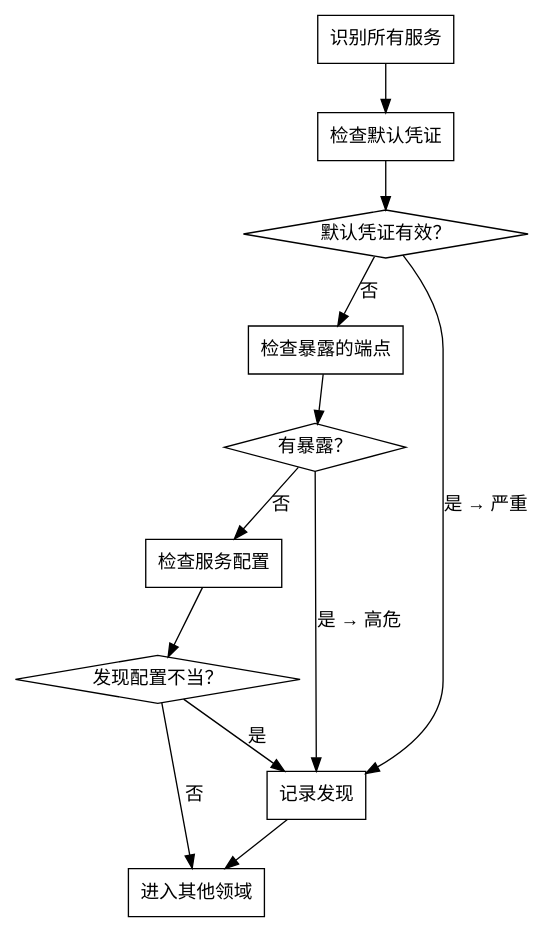
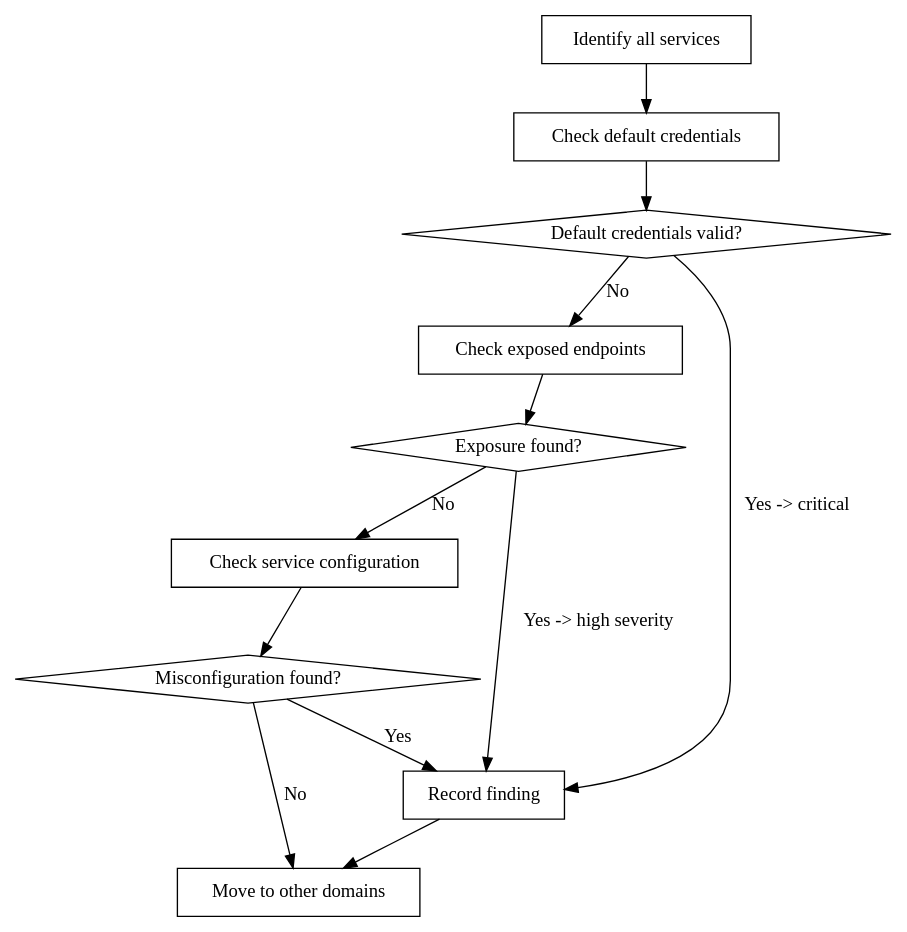
The diagram in plugins/wooyun-legacy/skills/wooyun-legacy/references/configuration-domain.md (nathan-gage/wooyun-legacy-english), drawn with Graphviz before and after one commit. The commit also changed other lines of this file and 130 other files, not shown here.

````diff
--- a/plugins/wooyun-legacy/skills/wooyun-legacy/references/configuration-domain.md
+++ b/plugins/wooyun-legacy/skills/wooyun-legacy/references/configuration-domain.md
@@ -119,25 +119,25 @@
 ```dot
 digraph config_test {
-    "识别所有服务" [shape=box];
-    "检查默认凭证" [shape=box];
-    "默认凭证有效？" [shape=diamond];
-    "检查暴露的端点" [shape=box];
-    "有暴露？" [shape=diamond];
-    "检查服务配置" [shape=box];
-    "发现配置不当？" [shape=diamond];
-    "记录发现" [shape=box];
-    "进入其他领域" [shape=box];
+    "Identify all services" [shape=box];
+    "Check default credentials" [shape=box];
+    "Default credentials valid?" [shape=diamond];
+    "Check exposed endpoints" [shape=box];
+    "Exposure found?" [shape=diamond];
+    "Check service configuration" [shape=box];
+    "Misconfiguration found?" [shape=diamond];
+    "Record finding" [shape=box];
+    "Move to other domains" [shape=box];
 
-    "识别所有服务" -> "检查默认凭证";
-    "检查默认凭证" -> "默认凭证有效？";
-    "默认凭证有效？" -> "记录发现" [label="是 → 严重"];
-    "默认凭证有效？" -> "检查暴露的端点" [label="否"];
-    "检查暴露的端点" -> "有暴露？";
-    "有暴露？" -> "记录发现" [label="是 → 高危"];
-    "有暴露？" -> "检查服务配置" [label="否"];
-    "检查服务配置" -> "发现配置不当？";
-    "发现配置不当？" -> "记录发现" [label="是"];
-    "发现配置不当？" -> "进入其他领域" [label="否"];
-    "记录发现" -> "进入其他领域";
+    "Identify all services" -> "Check default credentials";
+    "Check default credentials" -> "Default credentials valid?";
+    "Default credentials valid?" -> "Record finding" [label="Yes -> critical"];
+    "Default credentials valid?" -> "Check exposed endpoints" [label="No"];
+    "Check exposed endpoints" -> "Exposure found?";
+    "Exposure found?" -> "Record finding" [label="Yes -> high severity"];
+    "Exposure found?" -> "Check service configuration" [label="No"];
+    "Check service configuration" -> "Misconfiguration found?";
+    "Misconfiguration found?" -> "Record finding" [label="Yes"];
+    "Misconfiguration found?" -> "Move to other domains" [label="No"];
+    "Record finding" -> "Move to other domains";
 }
 ```
````
